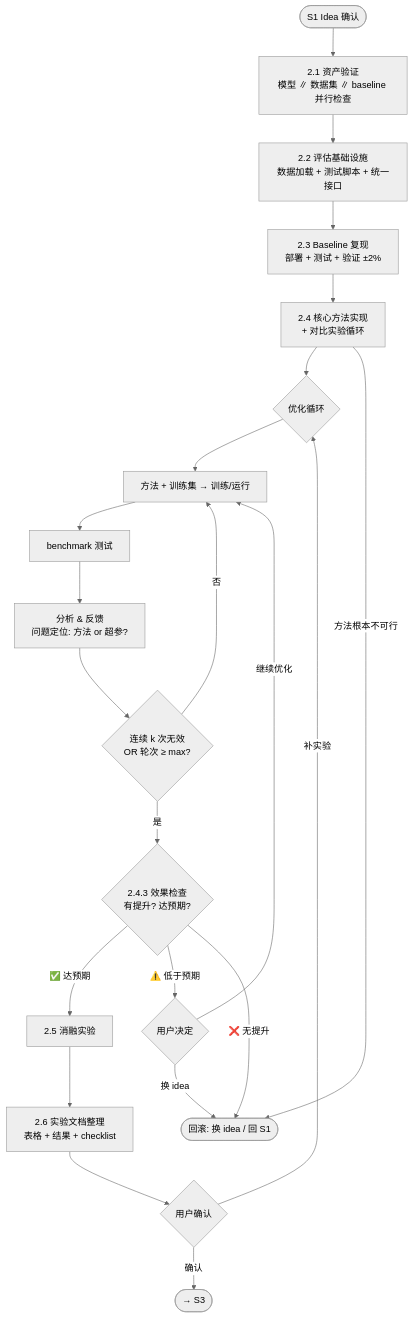
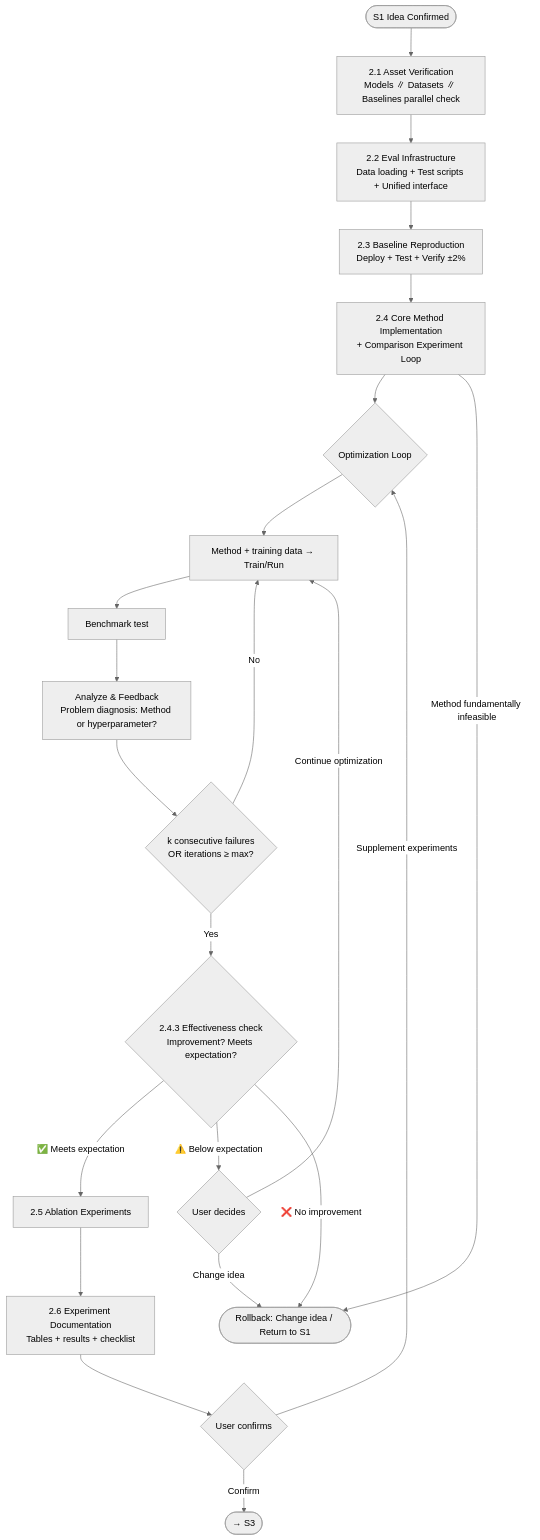
Before and after one commit to JZAO20L/nano-auto-research: the diagram in auto-research-s2-flow/SKILL.md, drawn with Mermaid (neutral theme). The commit also changed other lines of this file and 3 other files, not shown here.

Commit message:
style: convert all 4 flow skills to English-only (remove Chinese text)

````diff
--- a/auto-research-s2-flow/SKILL.md
+++ b/auto-research-s2-flow/SKILL.md
@@ -12,24 +12,24 @@
 ```mermaid
 flowchart TD
-    START([S1 Idea 确认]) --> V[2.1 资产验证<br/>模型 ∥ 数据集 ∥ baseline 并行检查]
-    V --> INFRA[2.2 评估基础设施<br/>数据加载 + 测试脚本 + 统一接口]
-    INFRA --> BASE[2.3 Baseline 复现<br/>部署 + 测试 + 验证 ±2%]
-    BASE --> IMPL[2.4 核心方法实现<br/>+ 对比实验循环]
-    IMPL --> LOOP{优化循环}
-    LOOP --> RUN[方法 + 训练集 → 训练/运行]
-    RUN --> TEST[benchmark 测试]
-    TEST --> ANALYZE[分析 & 反馈<br/>问题定位: 方法 or 超参?]
-    ANALYZE --> CONV{连续 k 次无效<br/>OR 轮次 ≥ max?}
-    CONV -->|否| RUN
-    CONV -->|是| CHECK{2.4.3 效果检查<br/>有提升? 达预期?}
-    CHECK -->|✅ 达预期| ABL[2.5 消融实验]
-    CHECK -->|⚠️ 低于预期| USER{用户决定}
-    USER -->|继续优化| RUN
-    USER -->|换 idea| ROLLBACK
-    CHECK -->|❌ 无提升| ROLLBACK
-    ABL --> DOC[2.6 实验文档整理<br/>表格 + 结果 + checklist]
-    DOC --> GATE{用户确认}
-    GATE -->|确认| OUT([→ S3])
-    GATE -->|补实验| LOOP
-    IMPL -->|方法根本不可行| ROLLBACK([回滚: 换 idea / 回 S1])
+    START([S1 Idea Confirmed]) --> V[2.1 Asset Verification<br/>Models ∥ Datasets ∥ Baselines parallel check]
+    V --> INFRA[2.2 Eval Infrastructure<br/>Data loading + Test scripts + Unified interface]
+    INFRA --> BASE[2.3 Baseline Reproduction<br/>Deploy + Test + Verify ±2%]
+    BASE --> IMPL[2.4 Core Method Implementation<br/>+ Comparison Experiment Loop]
+    IMPL --> LOOP{Optimization Loop}
+    LOOP --> RUN[Method + training data → Train/Run]
+    RUN --> TEST[Benchmark test]
+    TEST --> ANALYZE[Analyze & Feedback<br/>Problem diagnosis: Method or hyperparameter?]
+    ANALYZE --> CONV{k consecutive failures<br/>OR iterations ≥ max?}
+    CONV -->|No| RUN
+    CONV -->|Yes| CHECK{2.4.3 Effectiveness check<br/>Improvement? Meets expectation?}
+    CHECK -->|✅ Meets expectation| ABL[2.5 Ablation Experiments]
+    CHECK -->|⚠️ Below expectation| USER{User decides}
+    USER -->|Continue optimization| RUN
+    USER -->|Change idea| ROLLBACK
+    CHECK -->|❌ No improvement| ROLLBACK
+    ABL --> DOC[2.6 Experiment Documentation<br/>Tables + results + checklist]
+    DOC --> GATE{User confirms}
+    GATE -->|Confirm| OUT([→ S3])
+    GATE -->|Supplement experiments| LOOP
+    IMPL -->|Method fundamentally infeasible| ROLLBACK([Rollback: Change idea / Return to S1])
 ```
````
